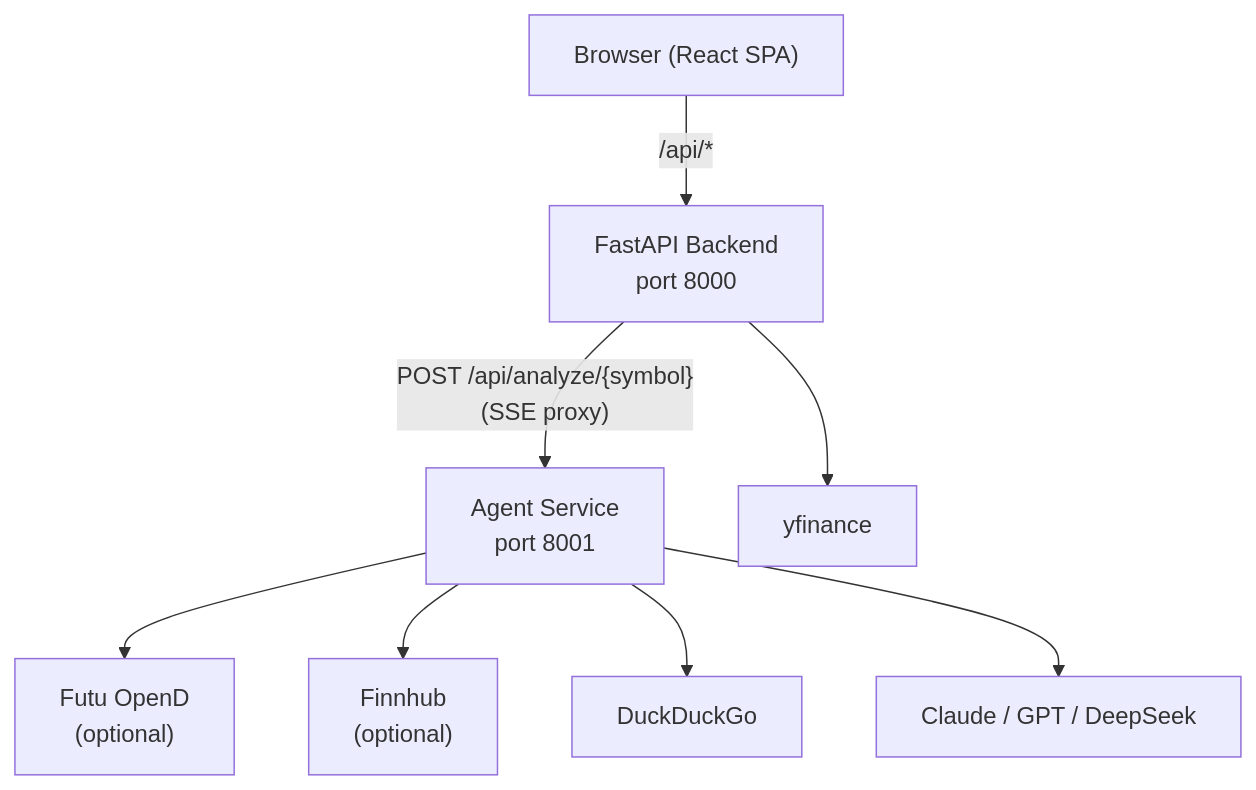
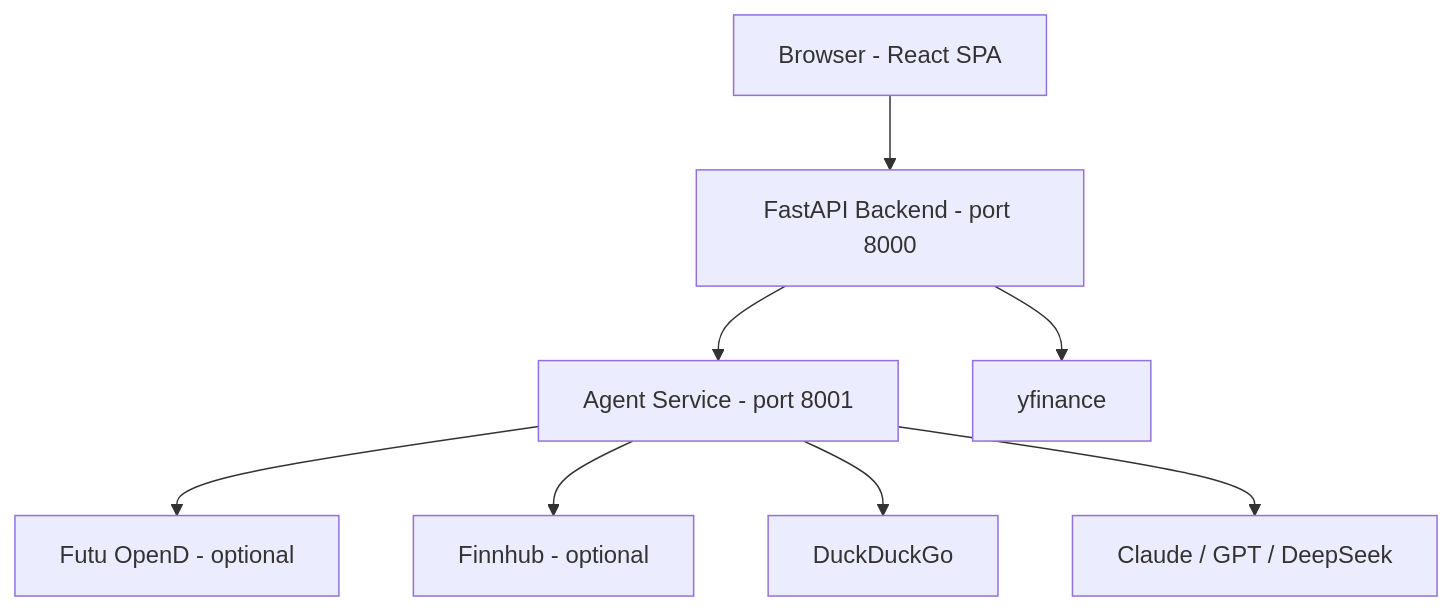
One commit to andy-c-426/assets_analytics_agent changed the first of 2 diagrams in README.md. Above: the diagram before and after it, drawn with Mermaid. The commit also changed other lines of this file, not shown here.

Commit message:
fix: simplify Mermaid diagrams for GitHub rendering compatibility
Remove <br/> tags from node and edge labels that caused "Could not find
a suitable point for the given distance" error on GitHub.

````diff
--- a/README.md
+++ b/README.md
@@ -22,19 +22,19 @@
 ```mermaid
 graph TD
-    Browser["Browser (React SPA)"]
-    Backend["FastAPI Backend<br/>port 8000"]
-    Agent["Agent Service<br/>port 8001"]
-    YF["yfinance"]
-    Futu["Futu OpenD<br/>(optional)"]
-    Finnhub["Finnhub<br/>(optional)"]
-    DDG["DuckDuckGo"]
-    LLM["Claude / GPT / DeepSeek"]
+    Browser[Browser - React SPA]
+    Backend[FastAPI Backend - port 8000]
+    Agent[Agent Service - port 8001]
+    YF[yfinance]
+    Futu[Futu OpenD - optional]
+    Finnhub[Finnhub - optional]
+    DDG[DuckDuckGo]
+    LLM[Claude / GPT / DeepSeek]
 
-    Browser -->|"/api/*"| Backend
+    Browser --> Backend
     Backend --> YF
-    Backend -->|"POST /api/analyze/{symbol}<br/>(SSE proxy)"| Agent
+    Backend --> Agent
     Agent --> Futu
     Agent --> Finnhub
     Agent --> DDG
     Agent --> LLM
 ```
````
